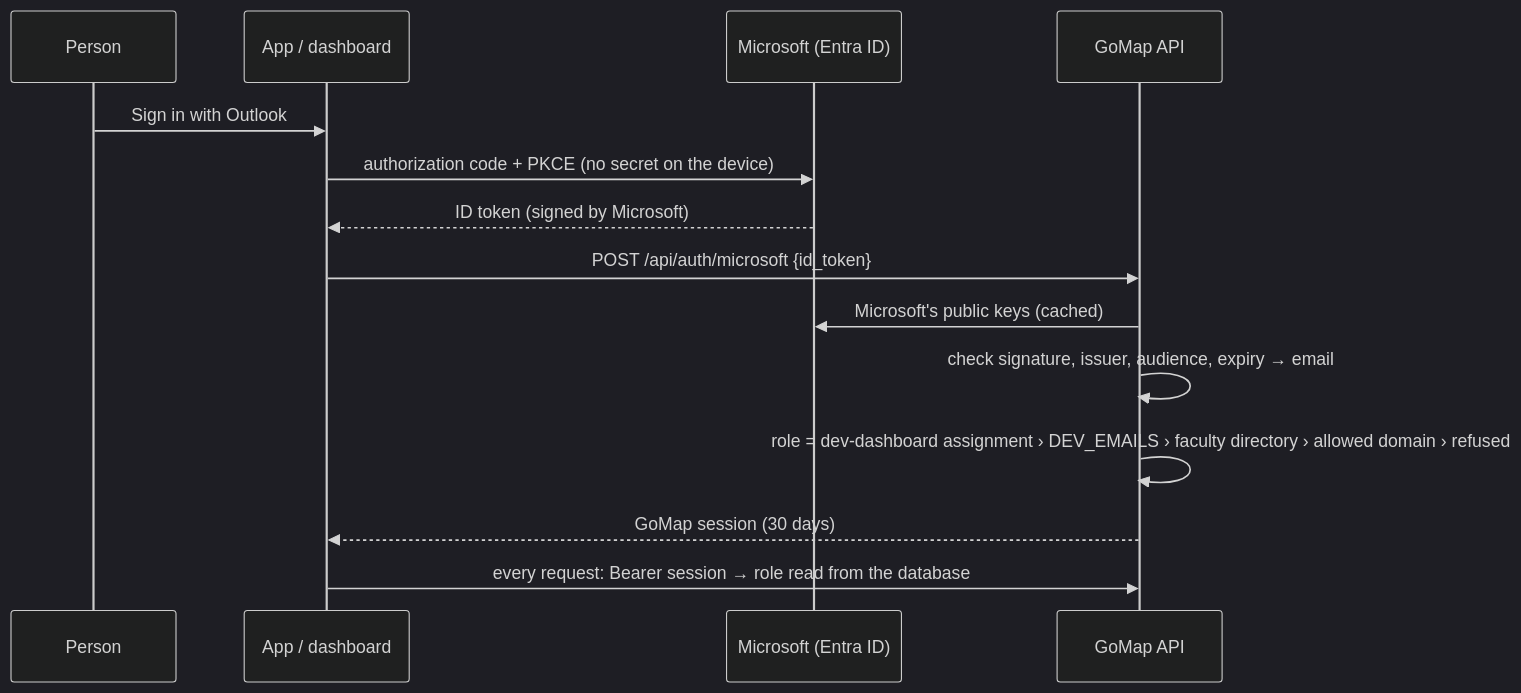
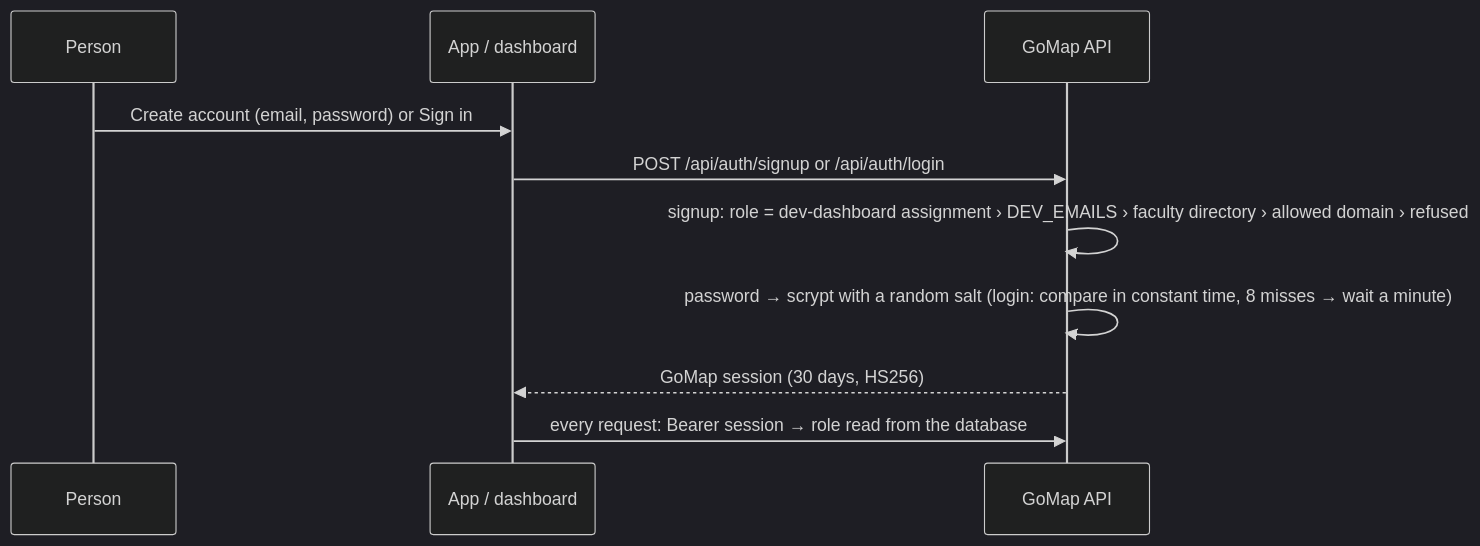
One commit to yaraPB/GoMap changed the third of 3 diagrams in README.md. Above: the diagram before and after it, drawn with Mermaid (dark theme). The commit also changed other lines of this file and 33 other files, not shown here.

````diff
--- a/README.md
+++ b/README.md
@@ -146,16 +146,12 @@
 ```mermaid
 sequenceDiagram
   participant P as Person
   participant A as App / dashboard
-  participant M as Microsoft (Entra ID)
   participant S as GoMap API
-  P->>A: Sign in with Outlook
-  A->>M: authorization code + PKCE (no secret on the device)
-  M-->>A: ID token (signed by Microsoft)
-  A->>S: POST /api/auth/microsoft {id_token}
-  S->>M: Microsoft's public keys (cached)
-  S->>S: check signature, issuer, audience, expiry → email
-  S->>S: role = dev-dashboard assignment › DEV_EMAILS › faculty directory › allowed domain › refused
-  S-->>A: GoMap session (30 days)
+  P->>A: Create account (email, password) or Sign in
+  A->>S: POST /api/auth/signup or /api/auth/login
+  S->>S: signup: role = dev-dashboard assignment › DEV_EMAILS › faculty directory › allowed domain › refused
+  S->>S: password → scrypt with a random salt (login: compare in constant time, 8 misses → wait a minute)
+  S-->>A: GoMap session (30 days, HS256)
   A->>S: every request: Bearer session → role read from the database
 ```
````
